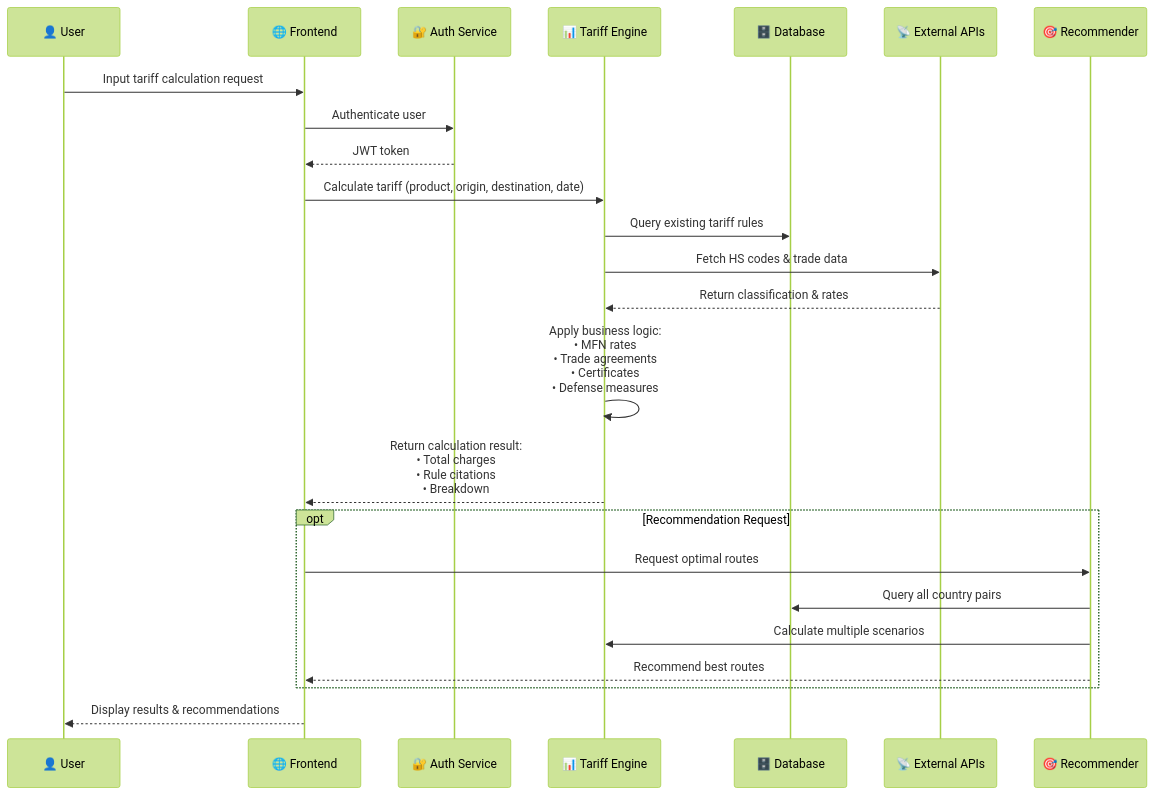
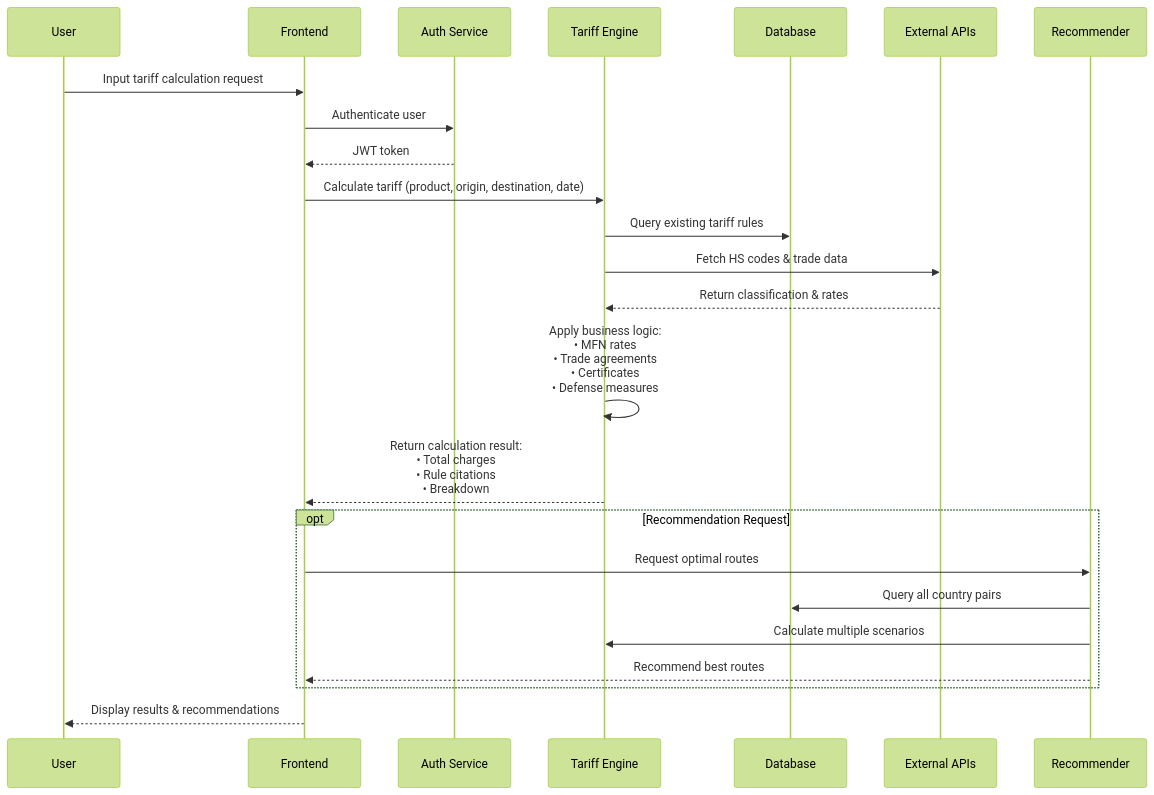
Before and after one commit to SaaiAravindhRaja/TariffSheriff: the second of 2 diagrams in README.md, drawn with Mermaid (forest theme). The commit also changed other lines of this file and 3 other files, not shown here.

````diff
--- a/README.md
+++ b/README.md
@@ -201,32 +187,32 @@
 ```mermaid
 sequenceDiagram
-    participant U as 👤 User
-    participant F as 🌐 Frontend
-    participant A as 🔐 Auth Service
-    participant T as 📊 Tariff Engine
-    participant D as 🗄️ Database
-    participant E as 📡 External APIs
-    participant R as 🎯 Recommender
+    participant U as User
+    participant F as Frontend
+    participant A as Auth Service
+    participant T as Tariff Engine
+    participant D as Database
+    participant E as External APIs
+    participant R as Recommender
 
     U->>F: Input tariff calculation request
     F->>A: Authenticate user
     A-->>F: JWT token
     
     F->>T: Calculate tariff (product, origin, destination, date)
     T->>D: Query existing tariff rules
     T->>E: Fetch HS codes & trade data
     E-->>T: Return classification & rates
     
     T->>T: Apply business logic:<br/>• MFN rates<br/>• Trade agreements<br/>• Certificates<br/>• Defense measures
     
     T-->>F: Return calculation result:<br/>• Total charges<br/>• Rule citations<br/>• Breakdown
     
     opt Recommendation Request
         F->>R: Request optimal routes
         R->>D: Query all country pairs
         R->>T: Calculate multiple scenarios
         R-->>F: Recommend best routes
     end
     
     F-->>U: Display results & recommendations
 ```
````
